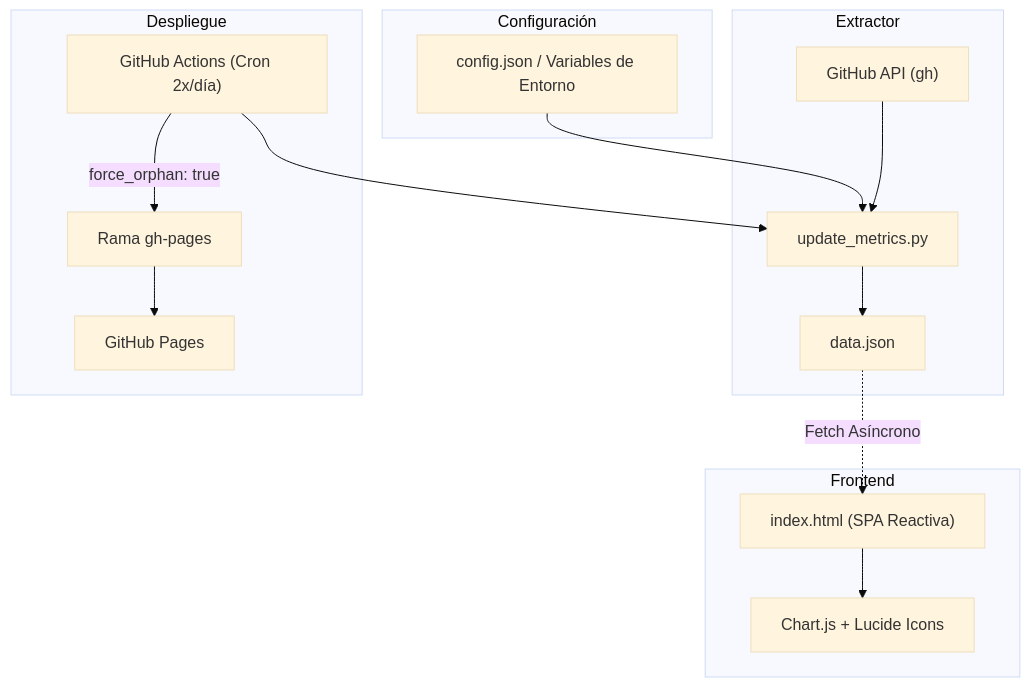
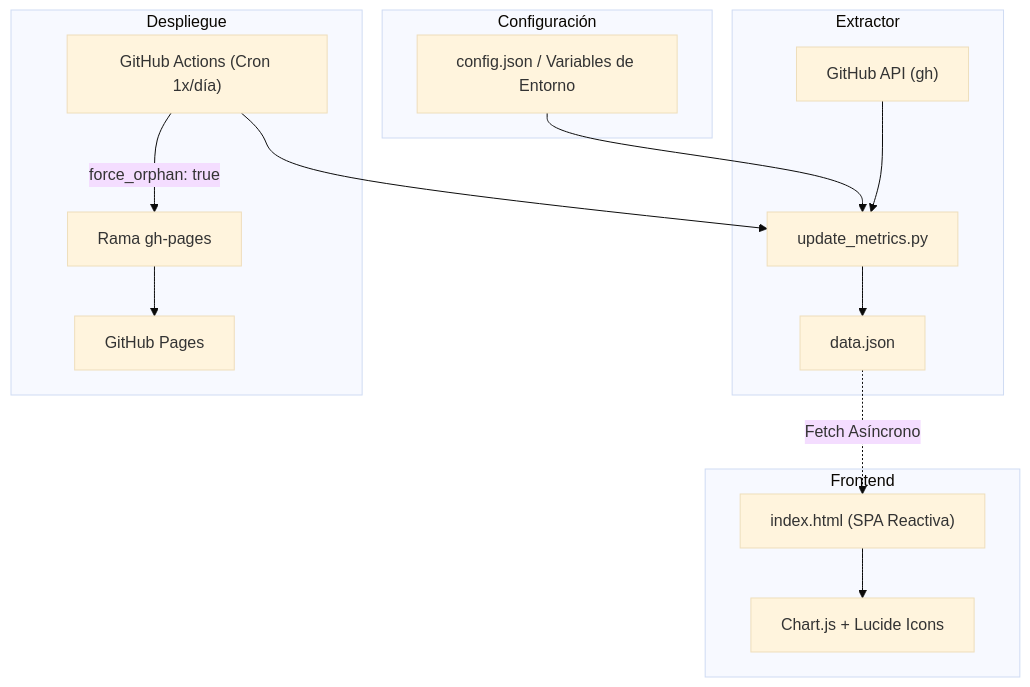
Before and after one commit to PythonMexico/stats: the diagram in README.md, drawn with Mermaid (base theme). The commit also changed other lines of this file and 7 other files, not shown here.

````diff
--- a/README.md
+++ b/README.md
@@ -88,29 +90,29 @@
 ```mermaid
 flowchart TD
     subgraph Configuración
         CFG["config.json / Variables de Entorno"]
     end
 
     subgraph Extractor
         CLI["GitHub API (gh)"]
         EXT["update_metrics.py"]
         DATA["data.json"]
         CFG --> EXT
         CLI --> EXT
         EXT --> DATA
     end
 
     subgraph Frontend
         UI["index.html (SPA Reactiva)"]
         DATA -.->|Fetch Asíncrono| UI
         CHARTS["Chart.js + Lucide Icons"]
         UI --> CHARTS
     end
 
     subgraph Despliegue
-        GHA["GitHub Actions (Cron 2x/día)"]
+        GHA["GitHub Actions (Cron 1x/día)"]
         GHA --> EXT
         GHA -->|force_orphan: true| GHP["Rama gh-pages"]
         GHP --> LIVE["GitHub Pages"]
     end
 ```
````
